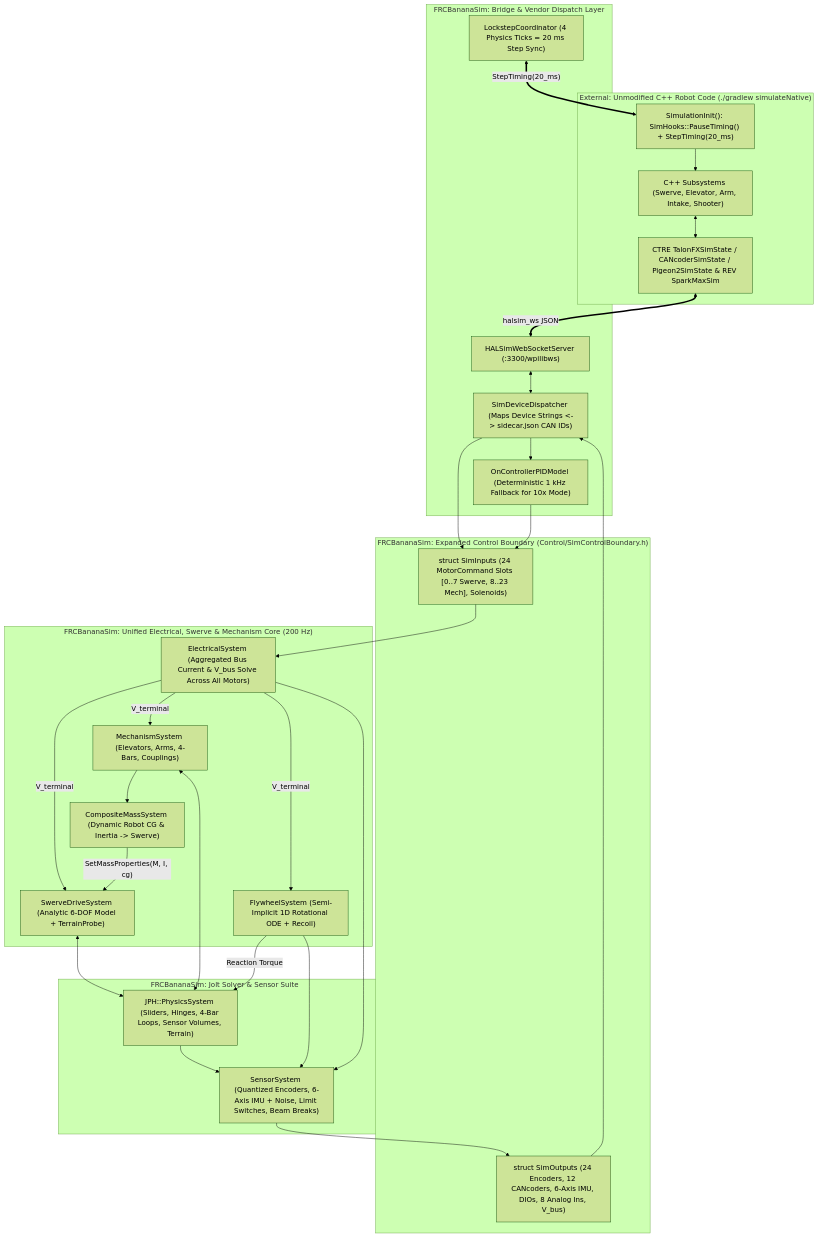
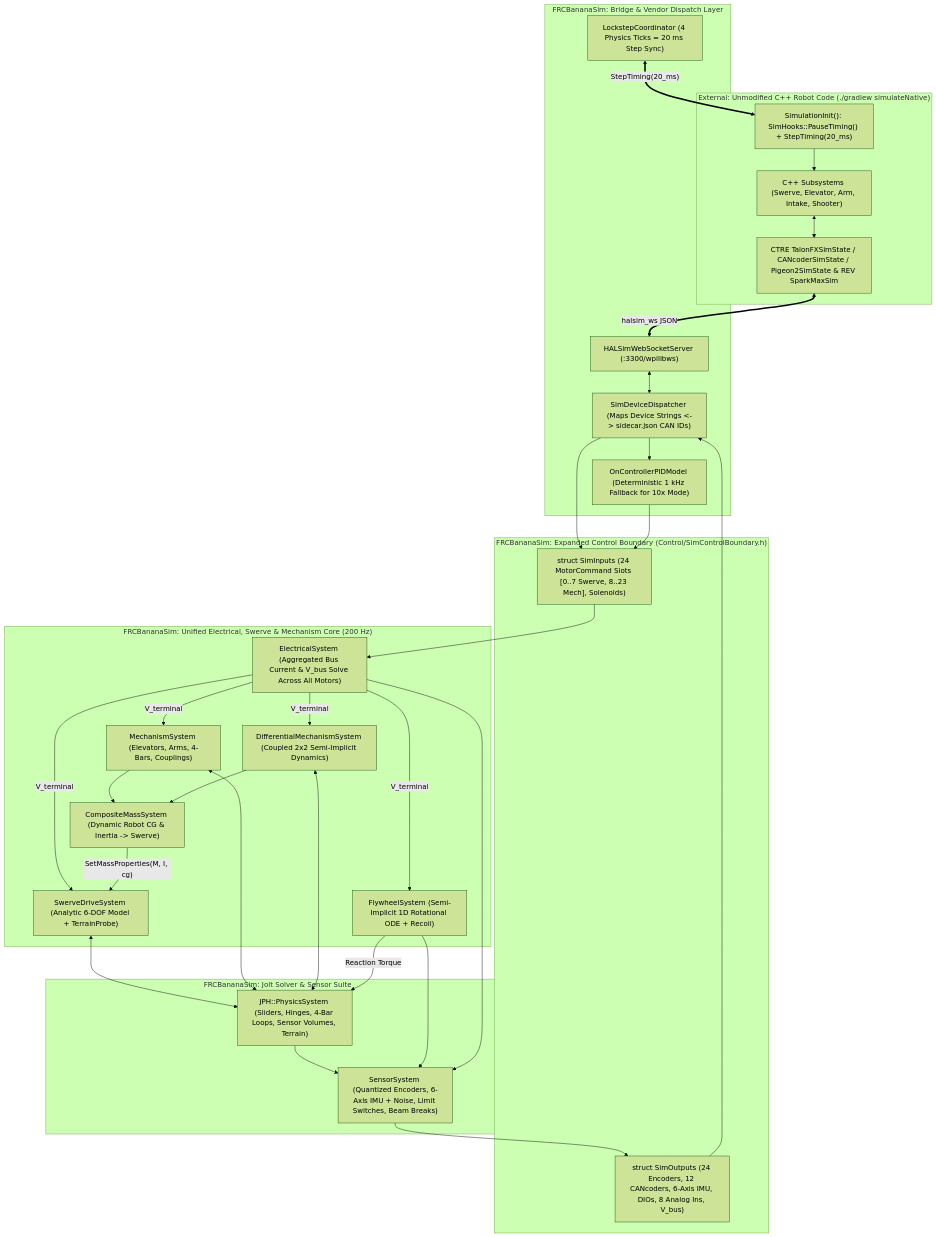
The first of 2 diagrams in PLANNING/Blocks/Block 3 Plan v1.md (TheAsherbot/FRCBananaSim), drawn with Mermaid (forest theme) before and after one commit. The commit also changed other lines of this file and 5 other files, not shown here.

````diff
--- a/PLANNING/Blocks/Block 3 Plan v1.md
+++ b/PLANNING/Blocks/Block 3 Plan v1.md
@@ -62,58 +65,62 @@
 ```mermaid
 flowchart TD
     subgraph WPILibProcess["External: Unmodified C++ Robot Code (./gradlew simulateNative)"]
         Subsystems["C++ Subsystems (Swerve, Elevator, Arm, Intake, Shooter)"]
         VendorSim["CTRE TalonFXSimState / CANcoderSimState / Pigeon2SimState & REV SparkMaxSim"]
         LockstepHook["SimulationInit(): SimHooks::PauseTiming() + StepTiming(20_ms)"]
         Subsystems <--> VendorSim
         LockstepHook --> Subsystems
     end
 
     subgraph BridgeLayer["FRCBananaSim: Bridge & Vendor Dispatch Layer"]
         WSServer["HALSimWebSocketServer (:3300/wpilibws)"]
         Dispatcher["SimDeviceDispatcher (Maps Device Strings <-> sidecar.json CAN IDs)"]
         LockstepCoord["LockstepCoordinator (4 Physics Ticks = 20 ms Step Sync)"]
         ClosedLoopFallback["OnControllerPIDModel (Deterministic 1 kHz Fallback for 10x Mode)"]
 
         VendorSim <==>|"halsim_ws JSON"| WSServer
         WSServer <--> Dispatcher
         LockstepCoord <==>|"StepTiming(20_ms)"| LockstepHook
         Dispatcher --> ClosedLoopFallback
     end
 
     subgraph ControlBoundary["FRCBananaSim: Expanded Control Boundary (Control/SimControlBoundary.h)"]
         SimInputs["struct SimInputs (24 MotorCommand Slots [0..7 Swerve, 8..23 Mech], Solenoids)"]
         SimOutputs["struct SimOutputs (24 Encoders, 12 CANcoders, 6-Axis IMU, DIOs, 8 Analog Ins, V_bus)"]
         Dispatcher --> SimInputs
         ClosedLoopFallback --> SimInputs
         SimOutputs --> Dispatcher
     end
 
     subgraph CoreSimulation["FRCBananaSim: Unified Electrical, Swerve & Mechanism Core (200 Hz)"]
         ElecSys["ElectricalSystem (Aggregated Bus Current & V_bus Solve Across All Motors)"]
         SwerveSys["SwerveDriveSystem (Analytic 6-DOF Model + TerrainProbe)"]
         MechSys["MechanismSystem (Elevators, Arms, 4-Bars, Couplings)"]
+        DiffSys["DifferentialMechanismSystem (Coupled 2x2 Semi-Implicit Dynamics)"]
         FlywheelSys["FlywheelSystem (Semi-Implicit 1D Rotational ODE + Recoil)"]
         MassSys["CompositeMassSystem (Dynamic Robot CG & Inertia -> Swerve)"]
 
         SimInputs --> ElecSys
         ElecSys -->|"V_terminal"| SwerveSys
         ElecSys -->|"V_terminal"| MechSys
+        ElecSys -->|"V_terminal"| DiffSys
         ElecSys -->|"V_terminal"| FlywheelSys
         MechSys --> MassSys
+        DiffSys --> MassSys
         MassSys -->|"SetMassProperties(M, I, cg)"| SwerveSys
     end
 
     subgraph JoltAndSensors["FRCBananaSim: Jolt Solver & Sensor Suite"]
         Jolt["JPH::PhysicsSystem (Sliders, Hinges, 4-Bar Loops, Sensor Volumes, Terrain)"]
         SensorSys["SensorSystem (Quantized Encoders, 6-Axis IMU + Noise, Limit Switches, Beam Breaks)"]
 
         SwerveSys <--> Jolt
         MechSys <--> Jolt
+        DiffSys <--> Jolt
         FlywheelSys -->|"Reaction Torque"| Jolt
         Jolt --> SensorSys
         FlywheelSys --> SensorSys
         ElecSys --> SensorSys
         SensorSys --> SimOutputs
     end
 ```
````
